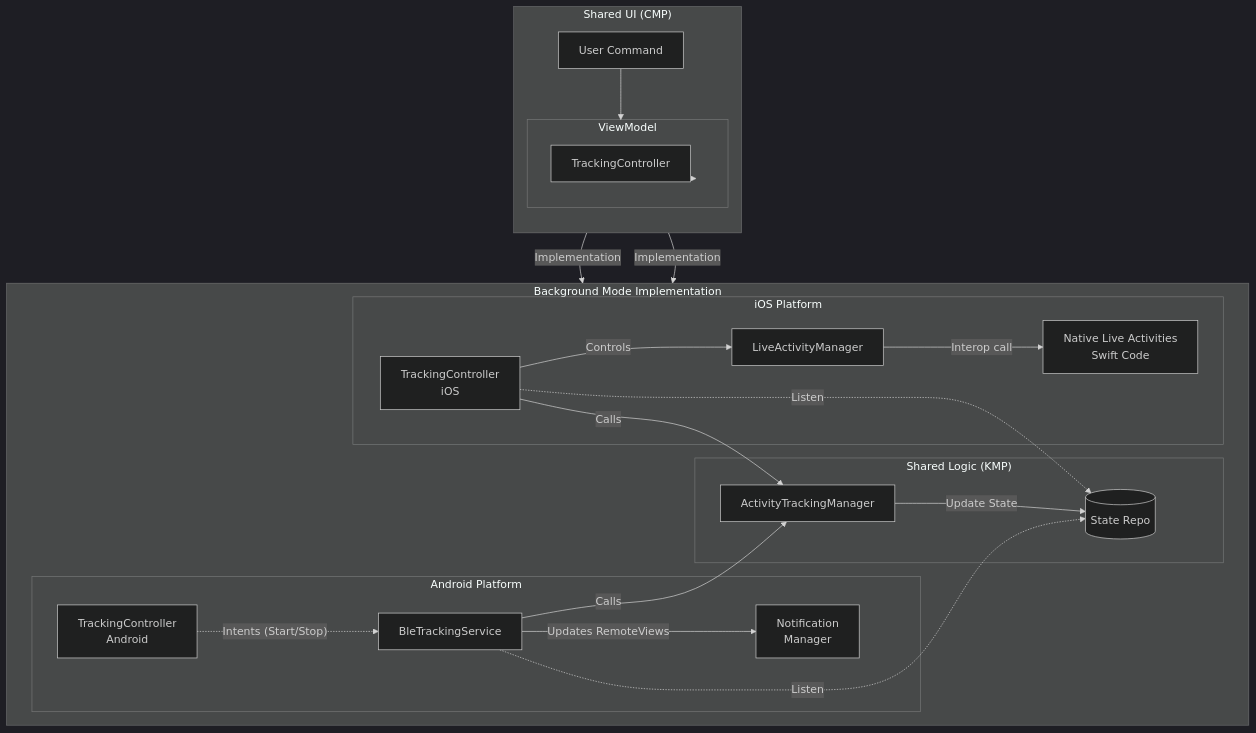
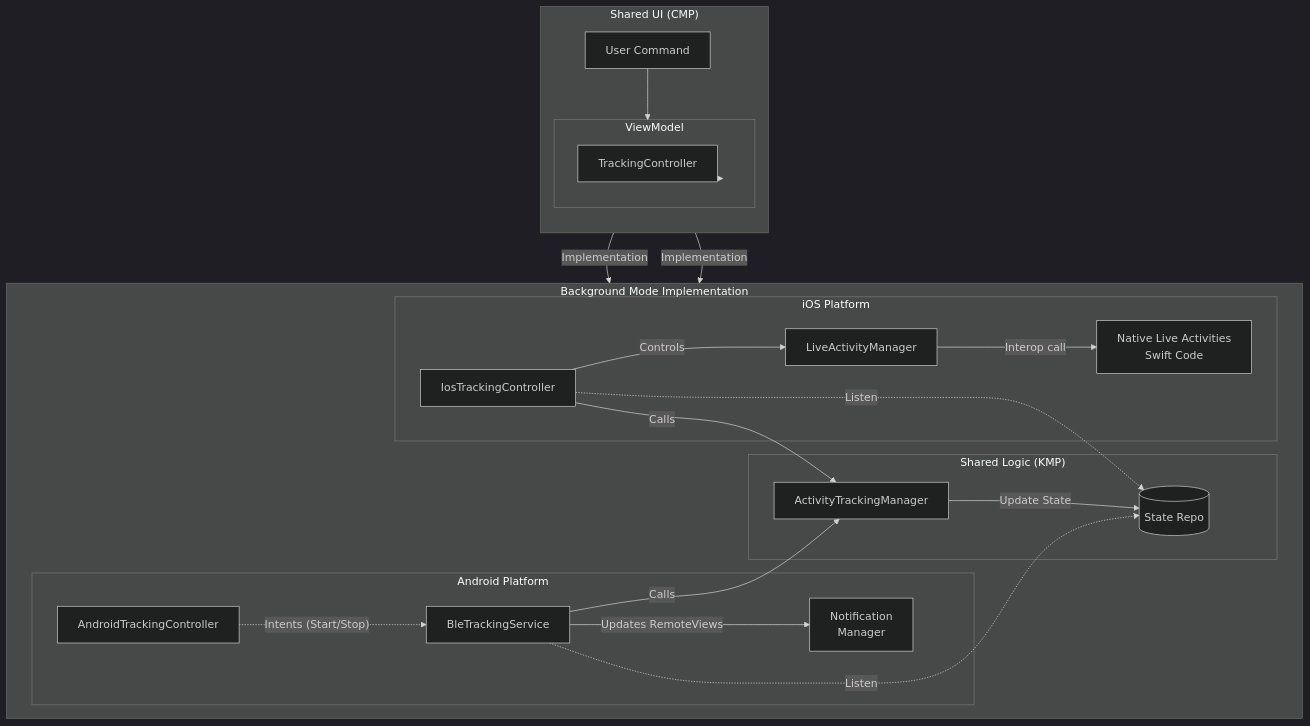
The third of 3 diagrams in README.md (AnatoliiChub/HRAM), drawn with Mermaid (dark theme) before and after one commit. The commit also changed other lines of this file, not shown here.

````diff
--- a/README.md
+++ b/README.md
@@ -324,57 +420,57 @@
 ```mermaid
 
 flowchart TB
     %% Shared UI
     subgraph Shared CMP ["Shared UI (CMP)"]
         direction TB
         UI[User Command]
         subgraph VM[ViewModel]
             TC_Shared[TrackingController]
         end
 
         VM --> TC_Shared
         UI --> VM
     end
       
     %% Background Mode
     subgraph BG[Background Mode Implementation]
         direction LR
         %% Android Platform
         subgraph Android ["Android Platform"]
-            TC_And[TrackingController <br> Android]
+            TC_And[AndroidTrackingController]
             Service[BleTrackingService]
               Notif[Notification <br> Manager]
           
             Service -- "Updates RemoteViews" --> Notif
         end
 
         %% Shared KMP
         subgraph Shared ["Shared Logic (KMP)"]
             VM[ViewModel]
             TC_Shared[TrackingController]
             ATM[ActivityTrackingManager]
             Repos[(State Repo)]
 
             ATM -- "Update State" --> Repos
         end
 
         %% iOS Platform
         subgraph iOS ["iOS Platform"]
             LAM[LiveActivityManager]
             LA[Native Live Activities <br> Swift Code]
-            TC_iOS[TrackingController <br> iOS]
+            TC_iOS[IosTrackingController]
 
             TC_iOS -- "Controls" --> LAM
             LAM -- "Interop call" --> LA
         end
     end
 
     %% Cross-layer connections
     TC_Shared -- "Implementation" --> TC_And
     TC_Shared -- "Implementation" --> TC_iOS
     Service -- "Calls" --> ATM
     TC_iOS -- "Calls" --> ATM
     Service -. "Listen" .-> Repos
     TC_iOS -. "Listen" .-> Repos
     TC_And -. "Intents (Start/Stop)" .-> Service
 ```
````
